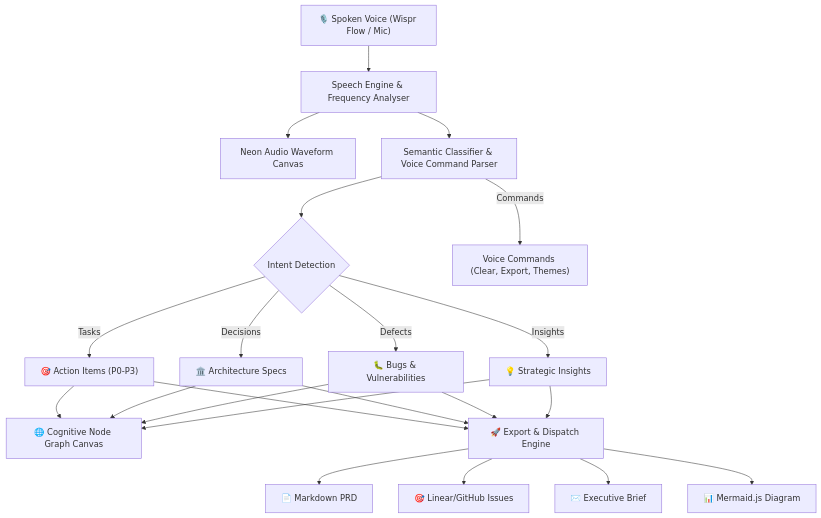
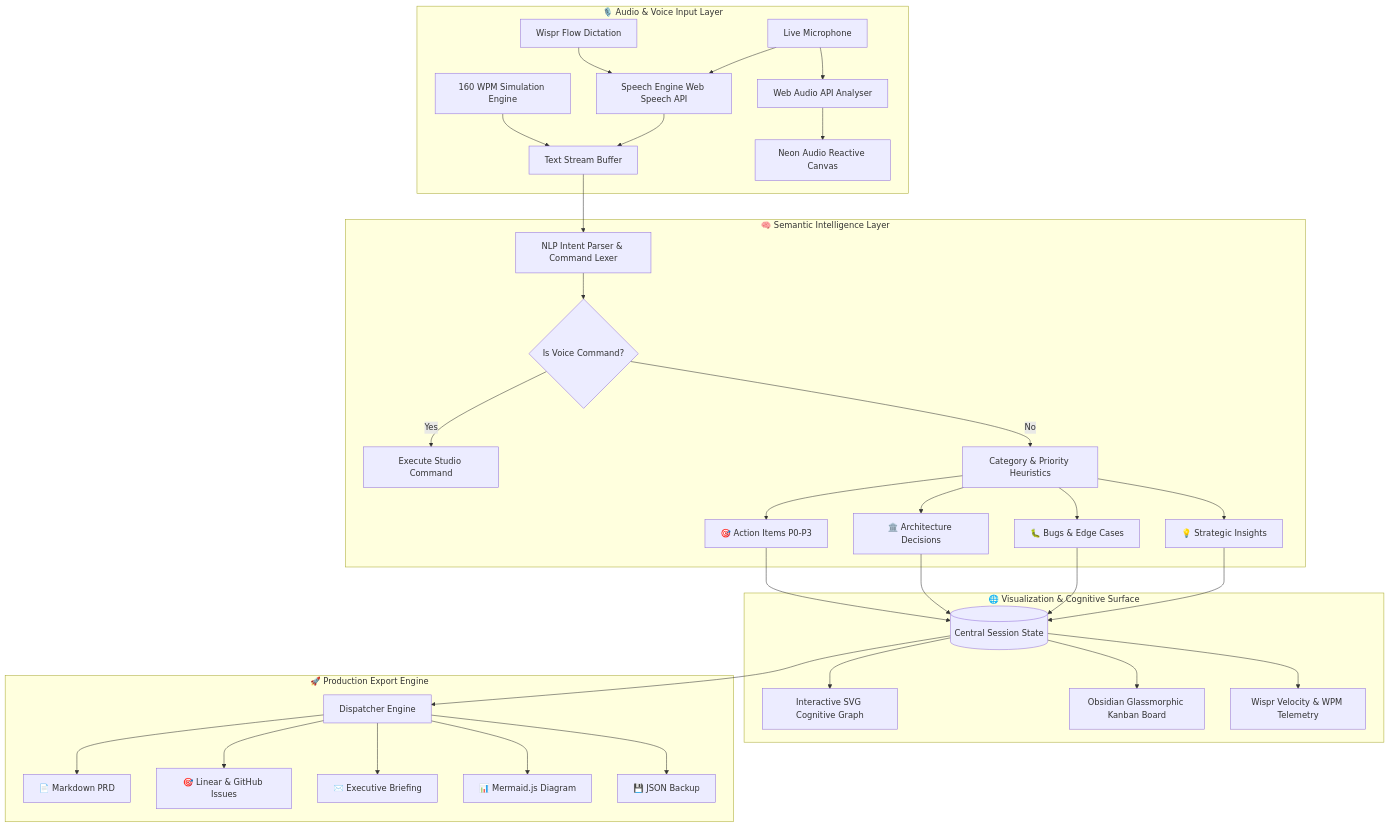
The diagram in README.md (Monish03905/Task-Wispr-Flow), drawn with Mermaid before and after one commit. The commit also changed other lines of this file and 1 other file, not shown here.

Commit message:
docs: modernize README with GitHub presentation and fix background-clip compatibility

````diff
--- a/README.md
+++ b/README.md
@@ -41,22 +126,39 @@
 ```mermaid
-graph TD
-  UserVoice["🎙️ Spoken Voice (Wispr Flow / Mic)"] --> WebSpeech["Speech Engine & Frequency Analyser"]
-  WebSpeech --> Waveform["Neon Audio Waveform Canvas"]
-  WebSpeech --> NLP["Semantic Classifier & Voice Command Parser"]
-  
-  NLP --> IntentClassifier{"Intent Detection"}
-  IntentClassifier -->|Tasks| Actions["🎯 Action Items (P0-P3)"]
-  IntentClassifier -->|Decisions| Arch["🏛️ Architecture Specs"]
-  IntentClassifier -->|Defects| Bugs["🐛 Bugs & Vulnerabilities"]
-  IntentClassifier -->|Insights| Insights["💡 Strategic Insights"]
-  
-  NLP -->|Commands| Commands["Voice Commands (Clear, Export, Themes)"]
-  
-  Actions & Arch & Bugs & Insights --> Graph["🌐 Cognitive Node Graph Canvas"]
-  Actions & Arch & Bugs & Insights --> ExportHub["🚀 Export & Dispatch Engine"]
-  
-  ExportHub --> PRD["📄 Markdown PRD"]
-  ExportHub --> Linear["🎯 Linear/GitHub Issues"]
-  ExportHub --> Email["✉️ Executive Brief"]
-  ExportHub --> Mermaid["📊 Mermaid.js Diagram"]
+flowchart TD
+    subgraph Input ["🎙️ Audio & Voice Input Layer"]
+        A[Wispr Flow Dictation] --> C[Speech Engine Web Speech API]
+        B[Live Microphone] --> C
+        Sim[160 WPM Simulation Engine] --> D[Text Stream Buffer]
+        C --> D
+        B --> WA[Web Audio API Analyser]
+        WA --> Canvas[Neon Audio Reactive Canvas]
+    end
+
+    subgraph Processing ["🧠 Semantic Intelligence Layer"]
+        D --> Parser[NLP Intent Parser & Command Lexer]
+        Parser --> CMD{Is Voice Command?}
+        CMD -- Yes --> Actions[Execute Studio Command]
+        CMD -- No --> Classifier[Category & Priority Heuristics]
+        
+        Classifier --> Cat1[🎯 Action Items P0-P3]
+        Classifier --> Cat2[🏛️ Architecture Decisions]
+        Classifier --> Cat3[🐛 Bugs & Edge Cases]
+        Classifier --> Cat4[💡 Strategic Insights]
+    end
+
+    subgraph Visualization ["🌐 Visualization & Cognitive Surface"]
+        Cat1 & Cat2 & Cat3 & Cat4 --> Store[(Central Session State)]
+        Store --> Graph[Interactive SVG Cognitive Graph]
+        Store --> Board[Obsidian Glassmorphic Kanban Board]
+        Store --> Velocity[Wispr Velocity & WPM Telemetry]
+    end
+
+    subgraph Output ["🚀 Production Export Engine"]
+        Store --> Export[Dispatcher Engine]
+        Export --> O1[📄 Markdown PRD]
+        Export --> O2[🎯 Linear & GitHub Issues]
+        Export --> O3[✉️ Executive Briefing]
+        Export --> O4[📊 Mermaid.js Diagram]
+        Export --> O5[💾 JSON Backup]
+    end
 ```
````
